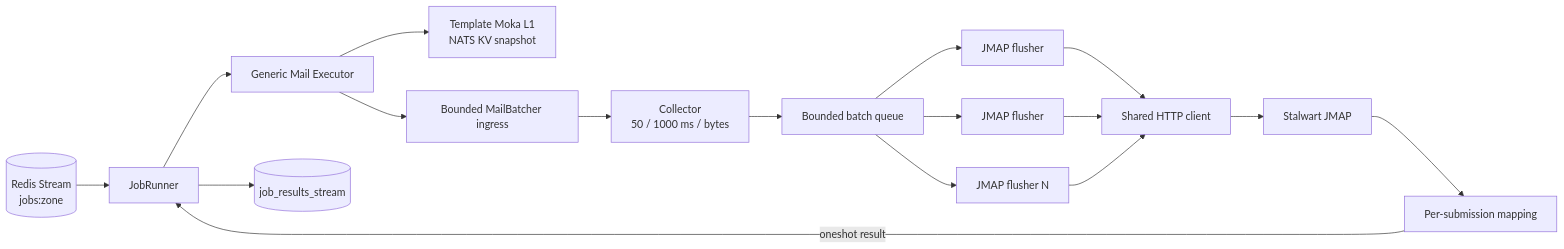
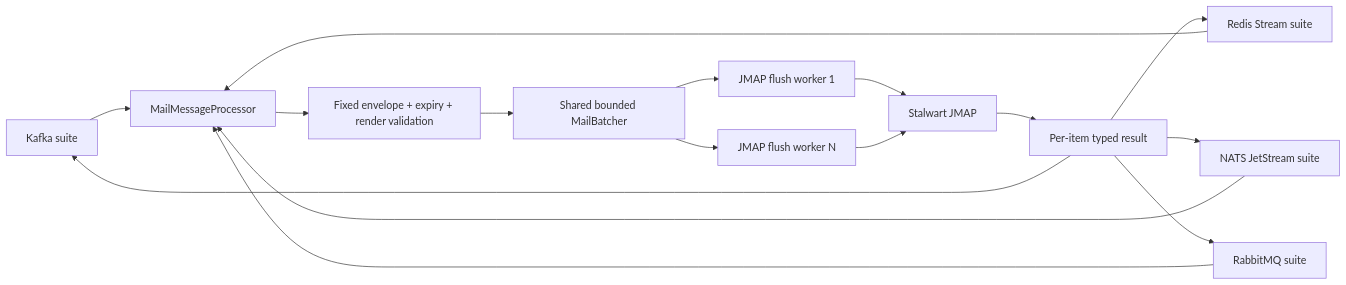
The diagram in god_view/mail/dataplane_jmap_batch_delivery_god_view.md (phucle996/aurora), drawn with Mermaid before and after one commit. The commit also changed other lines of this file and 66 other files, not shown here.

Commit message:
refactor: replace routing scope with zone id in mail outbox and remove legacy outbox implementation and mail job proto dependencies

````diff
--- a/god_view/mail/dataplane_jmap_batch_delivery_god_view.md
+++ b/god_view/mail/dataplane_jmap_batch_delivery_god_view.md
@@ -42,19 +48,18 @@
 ```mermaid
 flowchart LR
-    RS[(Redis Stream<br/>jobs:zone)] --> JR[JobRunner]
-    JR --> EX[Generic Mail Executor]
-    EX --> T[Template Moka L1<br/>NATS KV snapshot]
-    EX --> Q[Bounded MailBatcher ingress]
-    Q --> C[Collector<br/>50 / 1000 ms / bytes]
-    C --> BQ[Bounded batch queue]
-    BQ --> F1[JMAP flusher]
-    BQ --> F2[JMAP flusher]
-    BQ --> FN[JMAP flusher N]
-    F1 --> HC[Shared HTTP client]
-    F2 --> HC
-    FN --> HC
-    HC --> SW[Stalwart JMAP]
-    SW --> MAP[Per-submission mapping]
-    MAP -->|oneshot result| JR
-    JR --> RES[(job_results_stream)]
+    K[Kafka suite] --> P[MailMessageProcessor]
+    R[Redis Stream suite] --> P
+    N[NATS JetStream suite] --> P
+    Q[RabbitMQ suite] --> P
+    P --> V[Fixed envelope + expiry + render validation]
+    V --> B[Shared bounded MailBatcher]
+    B --> W1[JMAP flush worker 1]
+    B --> WN[JMAP flush worker N]
+    W1 --> S[Stalwart JMAP]
+    WN --> S
+    S --> PR[Per-item typed result]
+    PR --> K
+    PR --> R
+    PR --> N
+    PR --> Q
 ```
````
